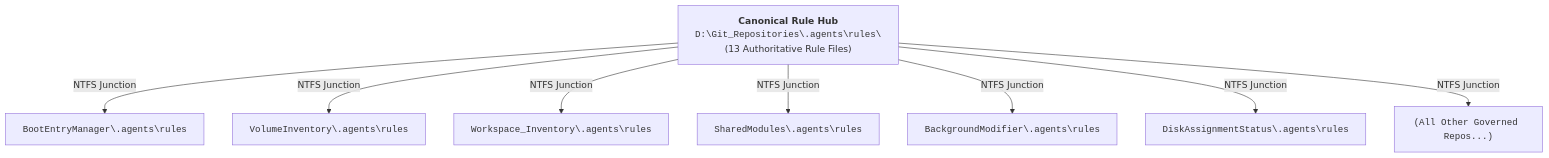
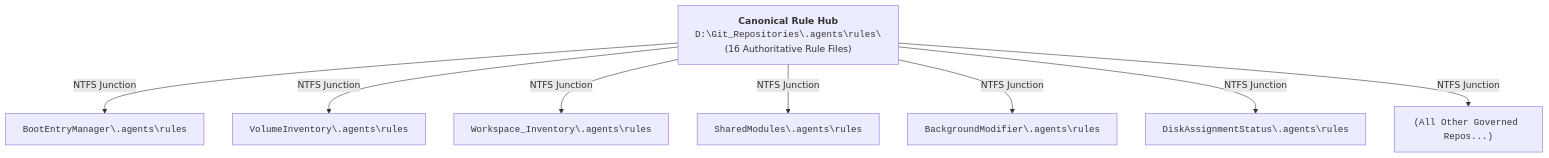
One commit to rgbigel/Workspace_AI changed the diagram in docs/LCM-Rules-Cross-Reference.md. Above: the diagram before and after it, drawn with Mermaid. The commit also changed other lines of this file and 76 other files, not shown here.

````diff
--- a/docs/LCM-Rules-Cross-Reference.md
+++ b/docs/LCM-Rules-Cross-Reference.md
@@ -15,12 +15,12 @@
 ```mermaid
 graph TD
-    Hub["<b>Canonical Rule Hub</b><br><code>D:\Git_Repositories\.agents\rules\</code><br>(13 Authoritative Rule Files)"]
+    Hub["<b>Canonical Rule Hub</b><br><code>D:\Git_Repositories\.agents\rules\</code><br>(16 Authoritative Rule Files)"]
     
     Hub -->|NTFS Junction| J1["<code>BootEntryManager\.agents\rules</code>"]
     Hub -->|NTFS Junction| J2["<code>VolumeInventory\.agents\rules</code>"]
     Hub -->|NTFS Junction| J3["<code>Workspace_Inventory\.agents\rules</code>"]
     Hub -->|NTFS Junction| J4["<code>SharedModules\.agents\rules</code>"]
     Hub -->|NTFS Junction| J5["<code>BackgroundModifier\.agents\rules</code>"]
     Hub -->|NTFS Junction| J6["<code>DiskAssignmentStatus\.agents\rules</code>"]
     Hub -->|NTFS Junction| J7["<code>(All Other Governed Repos...)</code>"]
 ```
````
